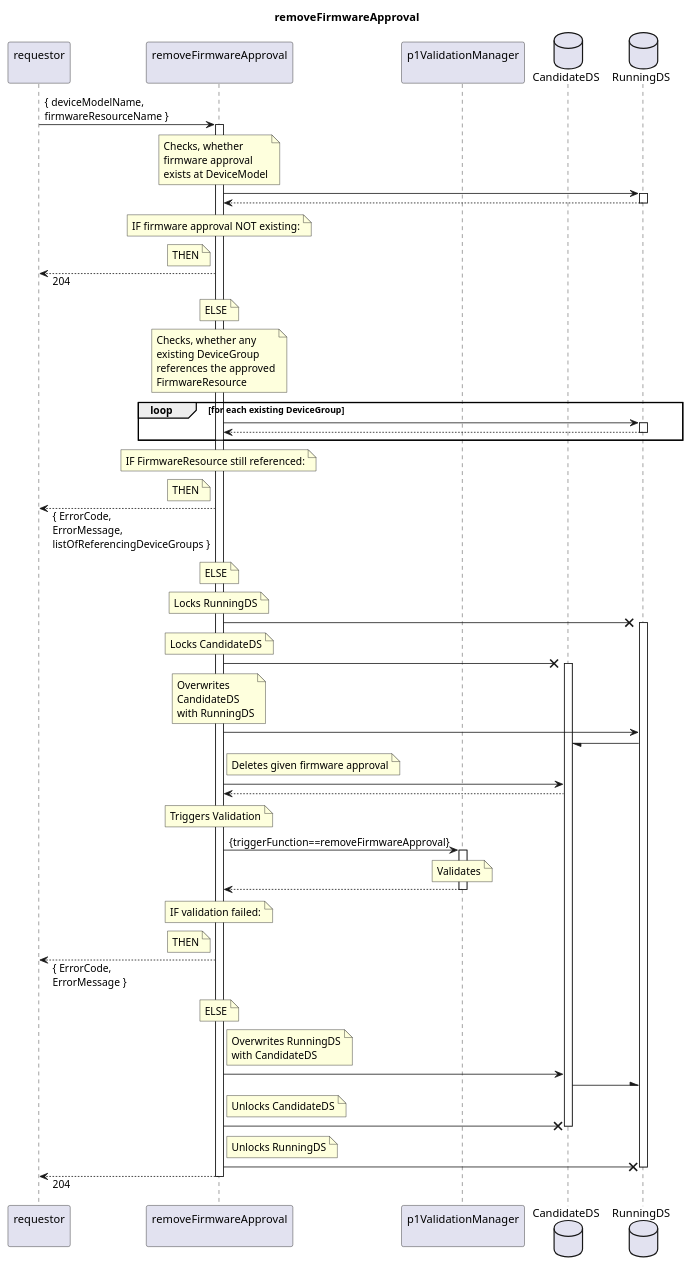
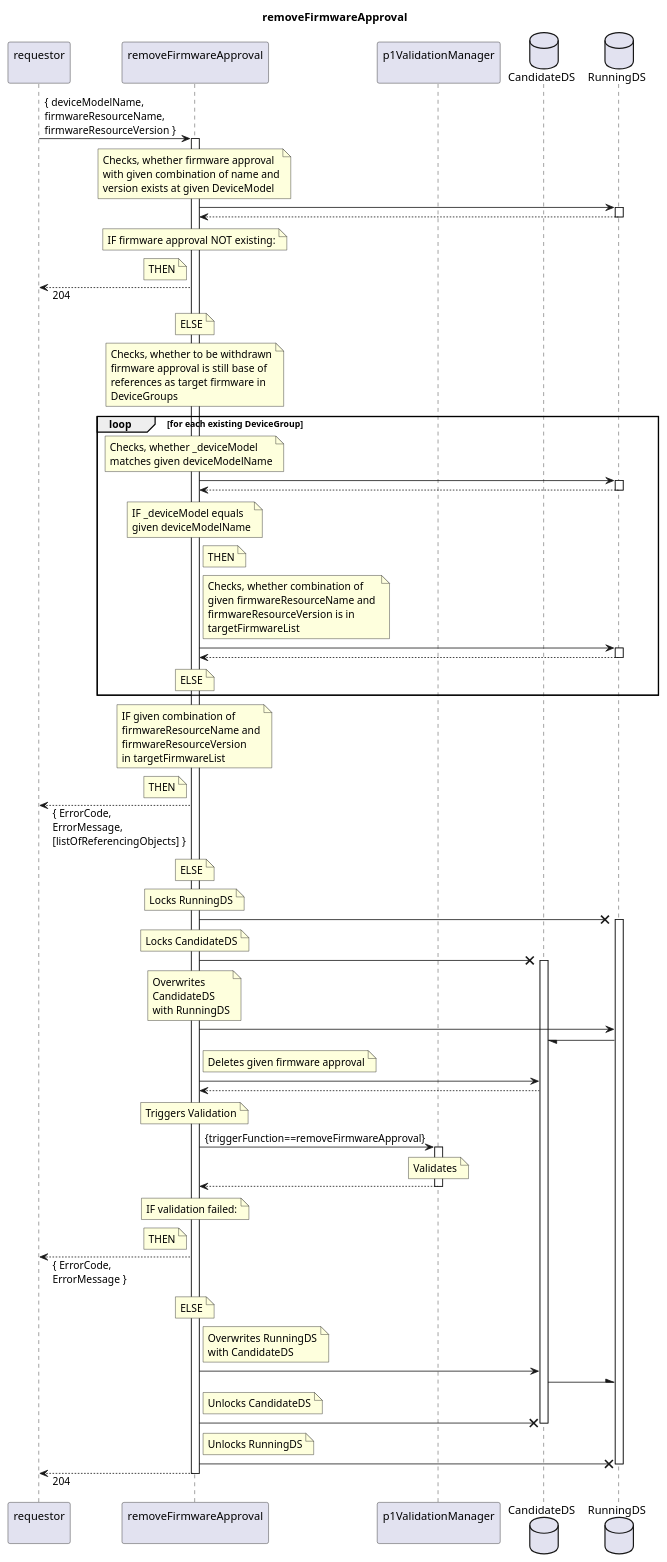
One commit to openBackhaul/FirmWareManager changed the diagram in spec/Services/removeFirmwareApproval/1.0.0/removeFirmwareApproval.plantuml. Above: the diagram before and after it, drawn with PlantUML. The commit also changed 15 other files, not shown here.

```diff
--- a/spec/Services/removeFirmwareApproval/1.0.0/removeFirmwareApproval.plantuml
+++ b/spec/Services/removeFirmwareApproval/1.0.0/removeFirmwareApproval.plantuml
@@ -1,126 +1,153 @@
 @startuml removeFirmwareApproval
 skinparam responseMessageBelowArrow true
 
 title
   removeFirmwareApproval
 end title
 
 participant "requestor\n" as requestor
 participant "removeFirmwareApproval\n" as removeAppro
 participant "p1ValidationManager\n" as valiMan
 database "CandidateDS" as CanDS
 database "RunningDS" as RunDS
 
-requestor -> removeAppro: { deviceModelName,\nfirmwareResourceName }
+requestor -> removeAppro: { deviceModelName,\nfirmwareResourceName,\nfirmwareResourceVersion }
 activate removeAppro
 
   note over removeAppro
-    Checks, whether
-    firmware approval
-    exists at DeviceModel
+    Checks, whether firmware approval
+    with given combination of name and
+    version exists at given DeviceModel
   end note
   removeAppro -> RunDS
   activate RunDS
   removeAppro <-- RunDS
   deactivate RunDS
   note over removeAppro
     IF firmware approval NOT existing:
   end note
   note left removeAppro
     THEN
   end note
   requestor <-- removeAppro: 204
   note over removeAppro
     ELSE
   end note
 
   note over removeAppro
-    Checks, whether any
-    existing DeviceGroup
-    references the approved
-    FirmwareResource
+    Checks, whether to be withdrawn
+    firmware approval is still base of
+    references as target firmware in
+    DeviceGroups
   end note
   loop for each existing DeviceGroup
+    note over removeAppro
+      Checks, whether _deviceModel 
+      matches given deviceModelName
+    end note
     removeAppro -> RunDS
     activate RunDS
     removeAppro <-- RunDS
     deactivate RunDS
+      note over removeAppro
+        IF _deviceModel equals
+        given deviceModelName
+      end note
+      note right removeAppro
+        THEN
+      end note
+      note right removeAppro
+        Checks, whether combination of
+        given firmwareResourceName and 
+        firmwareResourceVersion is in
+        targetFirmwareList
+      end note
+      removeAppro -> RunDS
+      activate RunDS
+      removeAppro <-- RunDS
+      deactivate RunDS
+      note over removeAppro
+        ELSE
+      end note
   end loop
   note over removeAppro
-    IF FirmwareResource still referenced:
+    IF given combination of 
+    firmwareResourceName and
+    firmwareResourceVersion
+    in targetFirmwareList
   end note
   note left removeAppro
     THEN
   end note
-  requestor <-- removeAppro: { ErrorCode,\nErrorMessage,\nlistOfReferencingDeviceGroups }
+  requestor <-- removeAppro: { ErrorCode,\nErrorMessage,\n[listOfReferencingObjects] }
   note over removeAppro
     ELSE
   end note
 
   note over removeAppro
     Locks RunningDS
   end note
   removeAppro -X RunDS
   activate RunDS
   note over removeAppro
     Locks CandidateDS
   end note
   removeAppro -X CanDS
   activate CanDS
   note over removeAppro
     Overwrites
     CandidateDS
     with RunningDS
   end note
   removeAppro -> RunDS
   RunDS -/ CanDS
 
   note right removeAppro
     Deletes given firmware approval
   end note
   removeAppro -> CanDS
   removeAppro <-- CanDS
 
   note over removeAppro
     Triggers Validation
   end note
   removeAppro -> valiMan: {triggerFunction==removeFirmwareApproval}
   activate valiMan
     note over valiMan
       Validates
     end note
   removeAppro <-- valiMan
   deactivate valiMan
   note over removeAppro
     IF validation failed:
   end note
   note left removeAppro
     THEN
   end note
   requestor <-- removeAppro: { ErrorCode,\nErrorMessage }
   note over removeAppro
     ELSE
   end note
 
   note right removeAppro
     Overwrites RunningDS
     with CandidateDS
   end note
   removeAppro -> CanDS
   CanDS -\ RunDS
   note right removeAppro
     Unlocks CandidateDS
   end note
   removeAppro -X CanDS
   deactivate CanDS
   note right removeAppro
     Unlocks RunningDS
   end note
   removeAppro -X RunDS
   deactivate RunDS
 
   requestor <-- removeAppro: 204
 
 deactivate removeAppro
 
 @enduml
```
